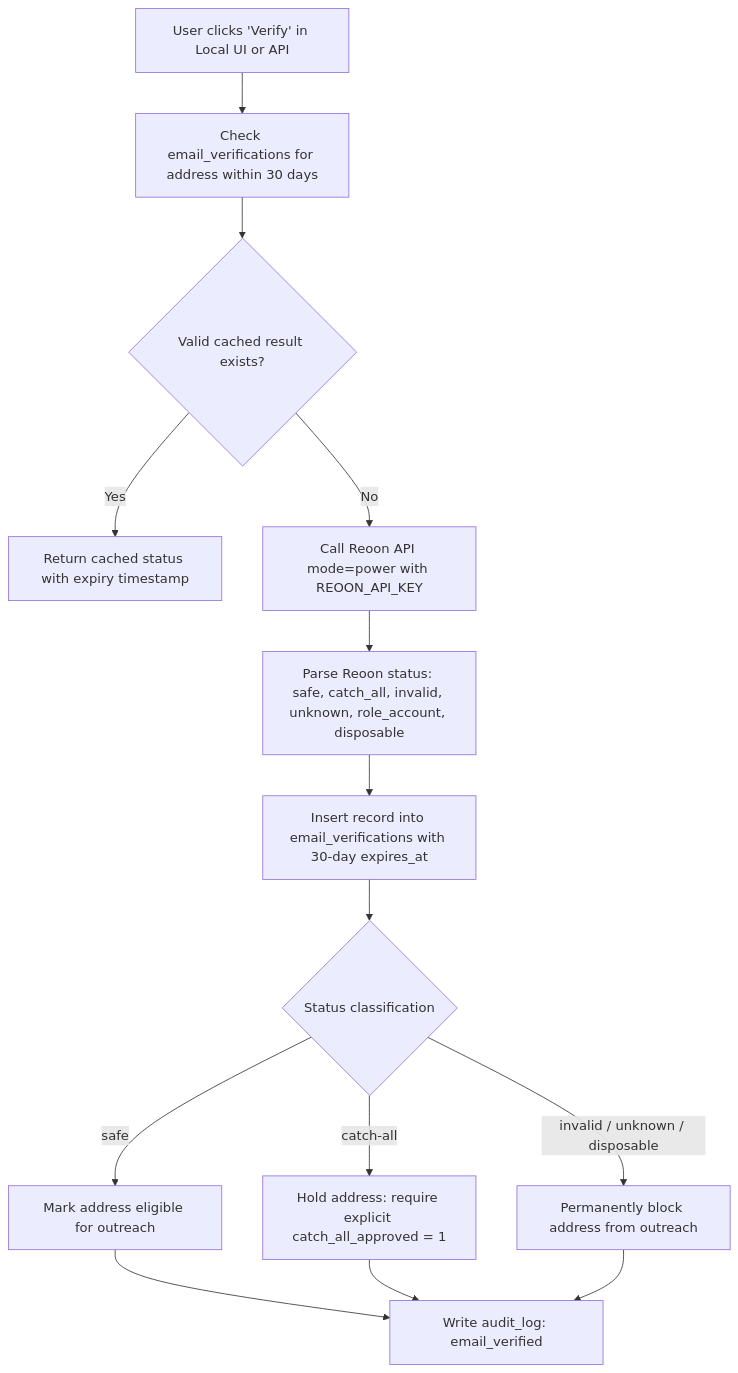
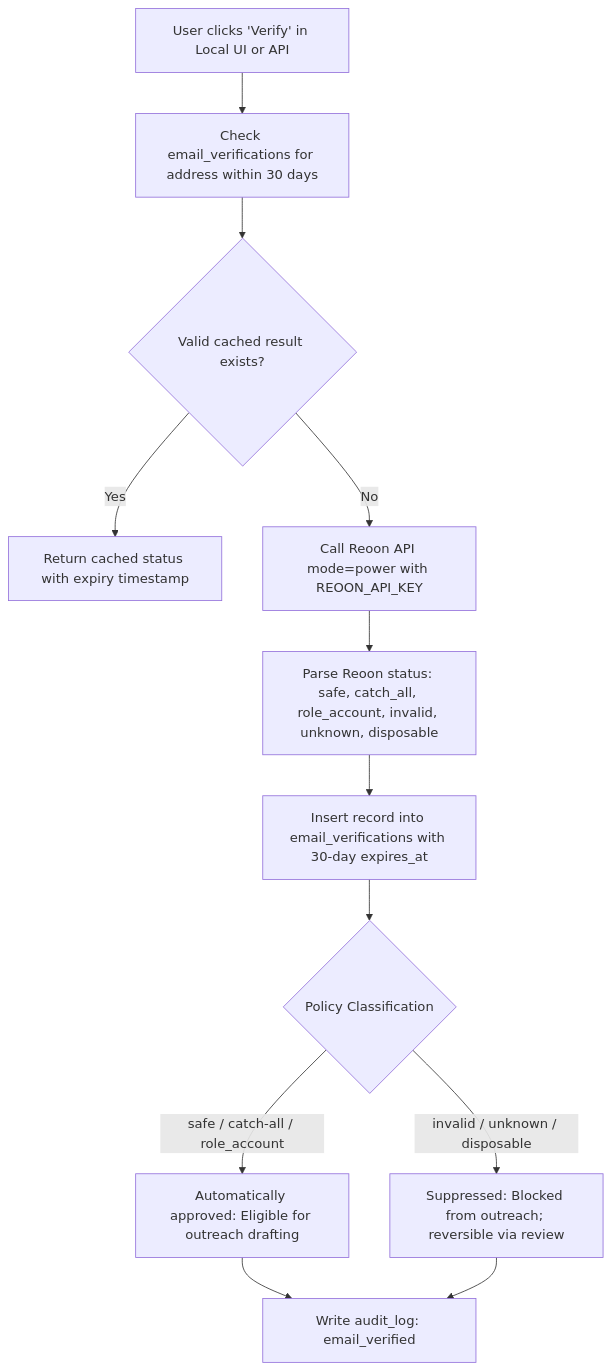
The fourth of 5 diagrams in docs/WORKFLOWS.md (Devzane/Tandora), drawn with Mermaid before and after one commit. The commit also changed other lines of this file, not shown here.

Commit message:
docs(workflows): Update email verification workflow and classification flowchart

````diff
--- a/docs/WORKFLOWS.md
+++ b/docs/WORKFLOWS.md
@@ -149,16 +149,14 @@
 ```mermaid
 flowchart TD
     A[User clicks 'Verify' in Local UI or API] --> B[Check email_verifications for address within 30 days]
     B --> C{Valid cached result exists?}
     C -->|Yes| D[Return cached status with expiry timestamp]
     C -->|No| E[Call Reoon API mode=power with REOON_API_KEY]
-    E --> F[Parse Reoon status: safe, catch_all, invalid, unknown, role_account, disposable]
+    E --> F[Parse Reoon status: safe, catch_all, role_account, invalid, unknown, disposable]
     F --> G[Insert record into email_verifications with 30-day expires_at]
-    G --> H{Status classification}
-    H -->|safe| I[Mark address eligible for outreach]
-    H -->|catch-all| J[Hold address: require explicit catch_all_approved = 1]
-    H -->|invalid / unknown / disposable| K[Permanently block address from outreach]
+    G --> H{Policy Classification}
+    H -->|safe / catch-all / role_account| I[Automatically approved: Eligible for outreach drafting]
+    H -->|invalid / unknown / disposable| K[Suppressed: Blocked from outreach; reversible via review]
     I --> L[Write audit_log: email_verified]
-    J --> L
     K --> L
 ```
````
